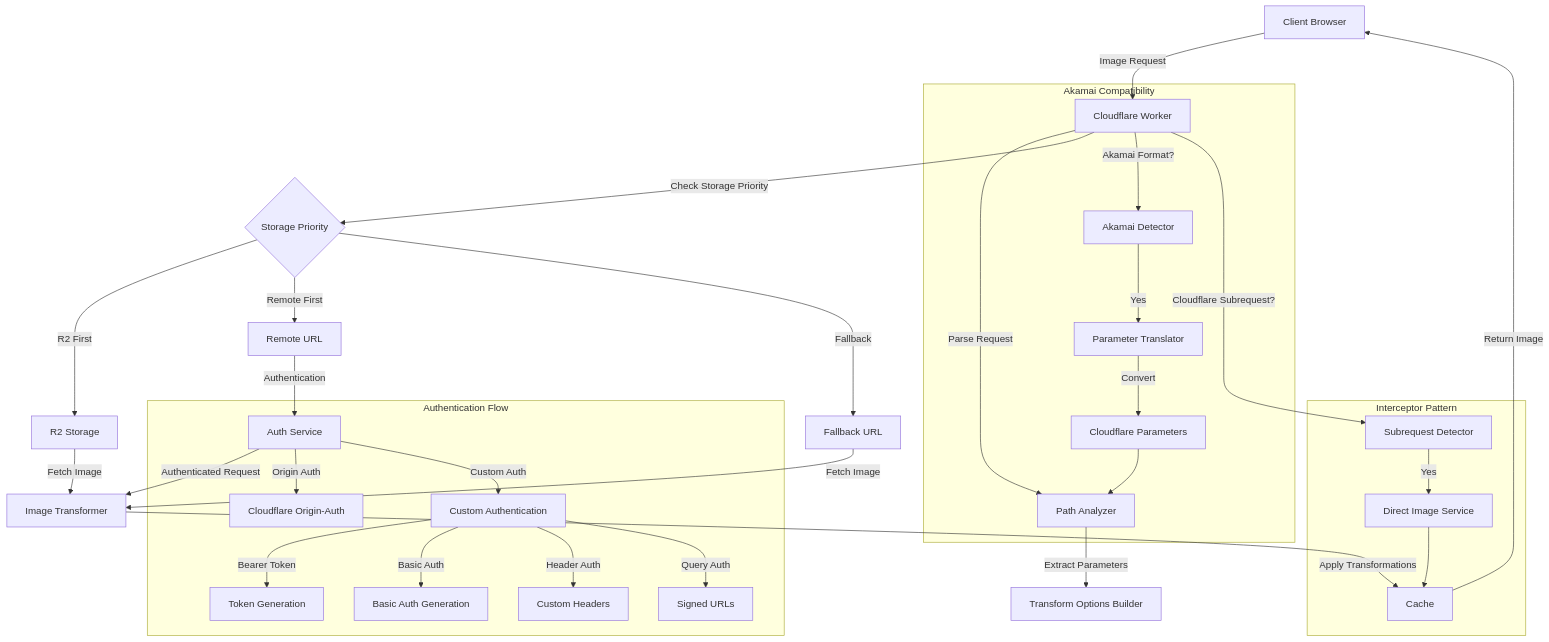
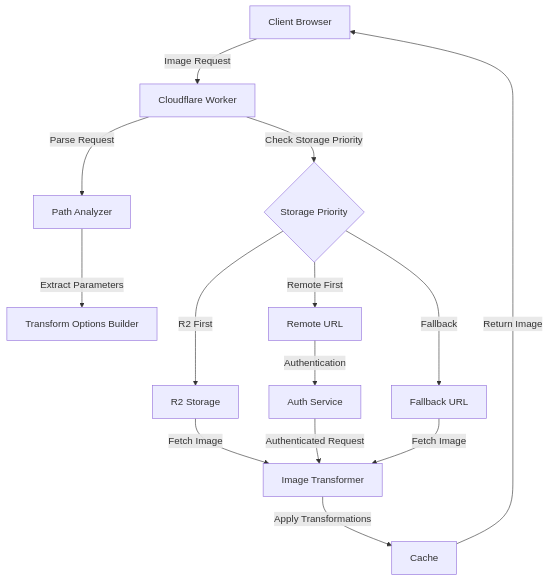
Before and after one commit to erfianugrah/image-resizer-2: the first of 4 diagrams in README.md, drawn with Mermaid. The commit also changed other lines of this file, not shown here.

````diff
--- a/README.md
+++ b/README.md
@@ -5,38 +7,16 @@
 ```mermaid
 graph TD
     A[Client Browser] -->|Image Request| B[Cloudflare Worker]
     B -->|Parse Request| C[Path Analyzer]
     C -->|Extract Parameters| D[Transform Options Builder]
     B -->|Check Storage Priority| E{Storage Priority}
     E -->|R2 First| F[R2 Storage]
     E -->|Remote First| G[Remote URL]
     E -->|Fallback| H[Fallback URL]
     F -->|Fetch Image| I[Image Transformer]
     G -->|Authentication| J[Auth Service]
     J -->|Authenticated Request| I
     H -->|Fetch Image| I
     I -->|Apply Transformations| K[Cache]
     K -->|Return Image| A
-    
-    subgraph "Authentication Flow"
-    J -->|Origin Auth| JA[Cloudflare Origin-Auth]
-    J -->|Custom Auth| JB[Custom Authentication]
-    JB -->|Bearer Token| JB1[Token Generation]
-    JB -->|Basic Auth| JB2[Basic Auth Generation]
-    JB -->|Header Auth| JB3[Custom Headers]
-    JB -->|Query Auth| JB4[Signed URLs]
-    end
-
-    subgraph "Akamai Compatibility"
-    B -->|Akamai Format?| Z[Akamai Detector]
-    Z -->|Yes| Y[Parameter Translator]
-    Y -->|Convert| X[Cloudflare Parameters]
-    X --> C
-    end
-
-    subgraph "Interceptor Pattern"
-    B -->|Cloudflare Subrequest?| V[Subrequest Detector]
-    V -->|Yes| U[Direct Image Service]
-    U --> K
-    end
 ```
````
